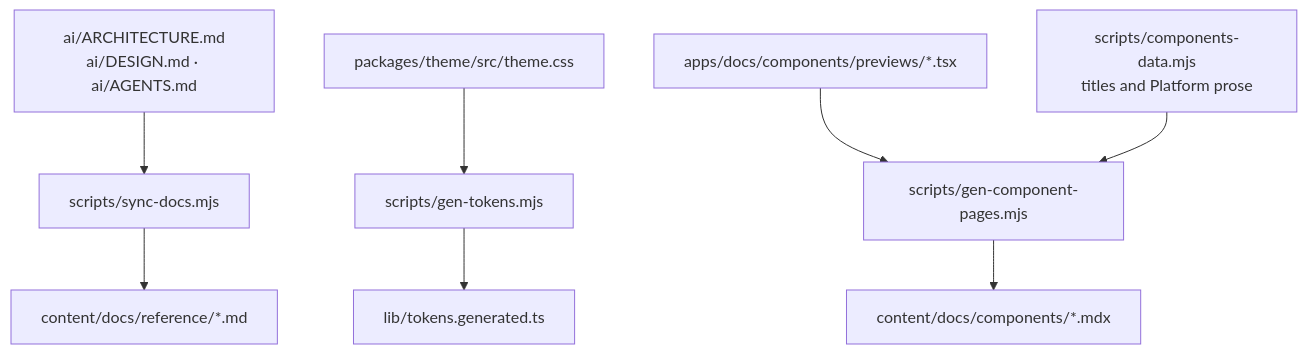
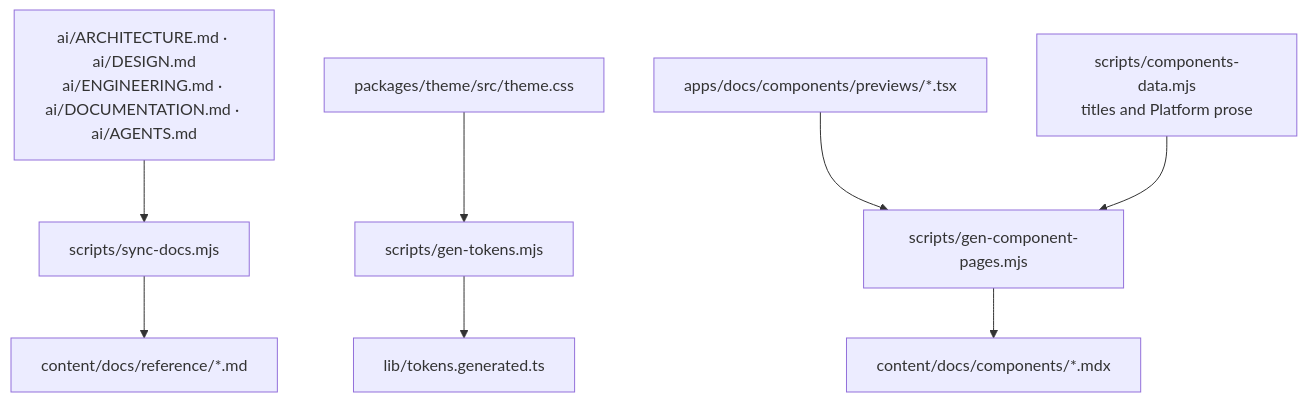
The second of 4 diagrams in ai/ARCHITECTURE.md (PlainConceptsPlatform/foundations), drawn with Mermaid before and after one commit. The commit also changed other lines of this file and 24 other files, not shown here.

````diff
--- a/ai/ARCHITECTURE.md
+++ b/ai/ARCHITECTURE.md
@@ -100,20 +107,20 @@
 ```mermaid
 flowchart TD
-  aiDocs["ai/ARCHITECTURE.md<br/>ai/DESIGN.md · ai/AGENTS.md"]
+  aiDocs["ai/ARCHITECTURE.md · ai/DESIGN.md<br/>ai/ENGINEERING.md · ai/DOCUMENTATION.md · ai/AGENTS.md"]
   themeCss["packages/theme/src/theme.css"]
   demos["apps/docs/components/previews/*.tsx"]
   data["scripts/components-data.mjs<br/>titles and Platform prose"]
 
   sync["scripts/sync-docs.mjs"]
   genTokens["scripts/gen-tokens.mjs"]
   genPages["scripts/gen-component-pages.mjs"]
 
   reference["content/docs/reference/*.md"]
   tokensTs["lib/tokens.generated.ts"]
   pages["content/docs/components/*.mdx"]
 
   aiDocs --> sync --> reference
   themeCss --> genTokens --> tokensTs
   demos --> genPages
   data --> genPages --> pages
 ```
````
